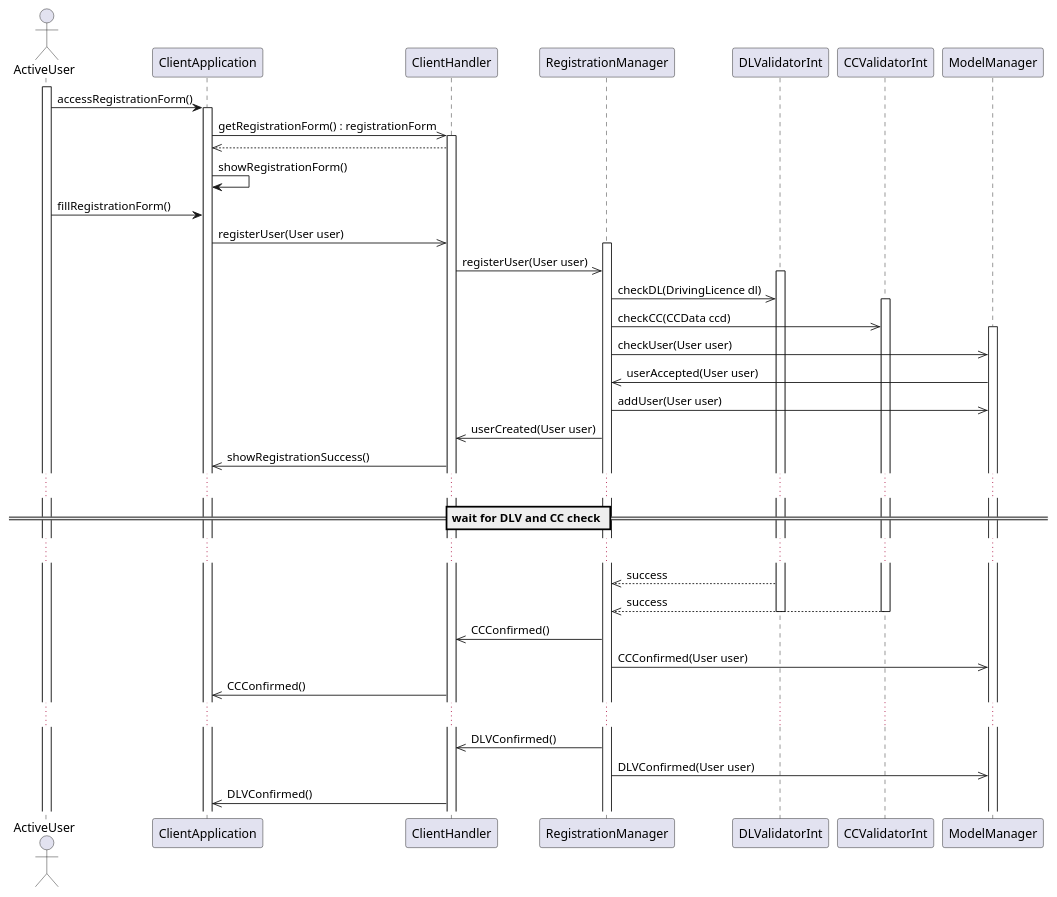
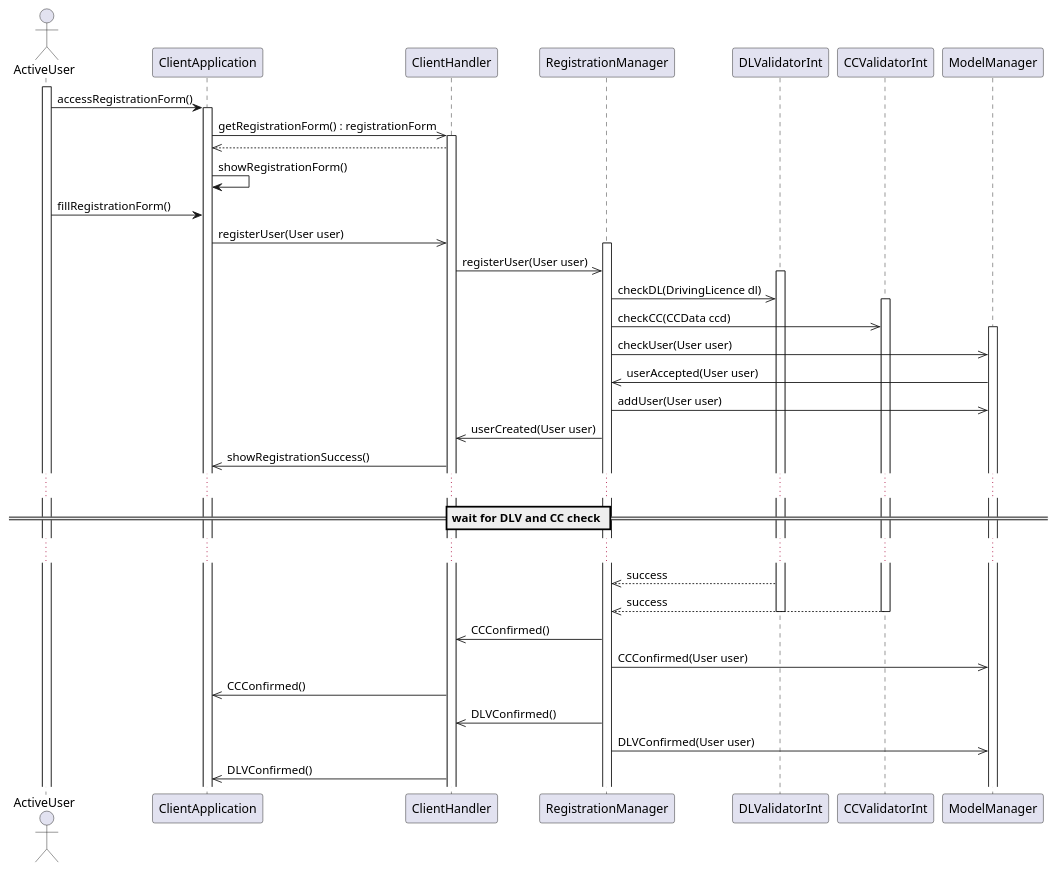
One commit to phisco/sw-eng-2 changed the diagram in DD/Sequence Diagrams/sequenceSignUp.pu. Above: the diagram before and after it, drawn with PlantUML.

```diff
--- a/DD/Sequence Diagrams/sequenceSignUp.pu
+++ b/DD/Sequence Diagrams/sequenceSignUp.pu
@@ -1,47 +1,47 @@
 @startuml
 actor ActiveUser as AU
 participant ClientApplication as CA
 participant ClientHandler as CH
 participant RegistrationManager as RM
 participant DLValidatorInt as DLV
 participant CCValidatorInt as CCV
 participant ModelManager as MM
 
 activate AU
 AU -> CA : accessRegistrationForm()
 activate CA
 CA ->> CH : getRegistrationForm() : registrationForm
 activate CH
 CA <<-- CH
 CA -> CA : showRegistrationForm()
 CA <- AU : fillRegistrationForm()
 CA ->> CH : registerUser(User user)
 activate RM
 CH ->> RM: registerUser(User user)
 activate DLV
 RM ->> DLV : checkDL(DrivingLicence dl)
 activate CCV
 RM ->> CCV : checkCC(CCData ccd)
 activate MM
 RM ->> MM : checkUser(User user)
 RM <<- MM : userAccepted(User user)
 RM ->> MM : addUser(User user)
 CH <<- RM : userCreated(User user)
 CA <<- CH : showRegistrationSuccess()
 ...
 == wait for DLV and CC check ==
 ...
 RM <<-- DLV : success
 RM <<-- CCV : success
 deactivate DLV
 deactivate CCV
 CH <<- RM : CCConfirmed()
 RM ->> MM : CCConfirmed(User user)
 CA <<- CH : CCConfirmed()
-...
+
 CH <<- RM : DLVConfirmed()
 RM ->> MM : DLVConfirmed(User user)
 CA <<- CH : DLVConfirmed()
 
 
 @enduml
```
